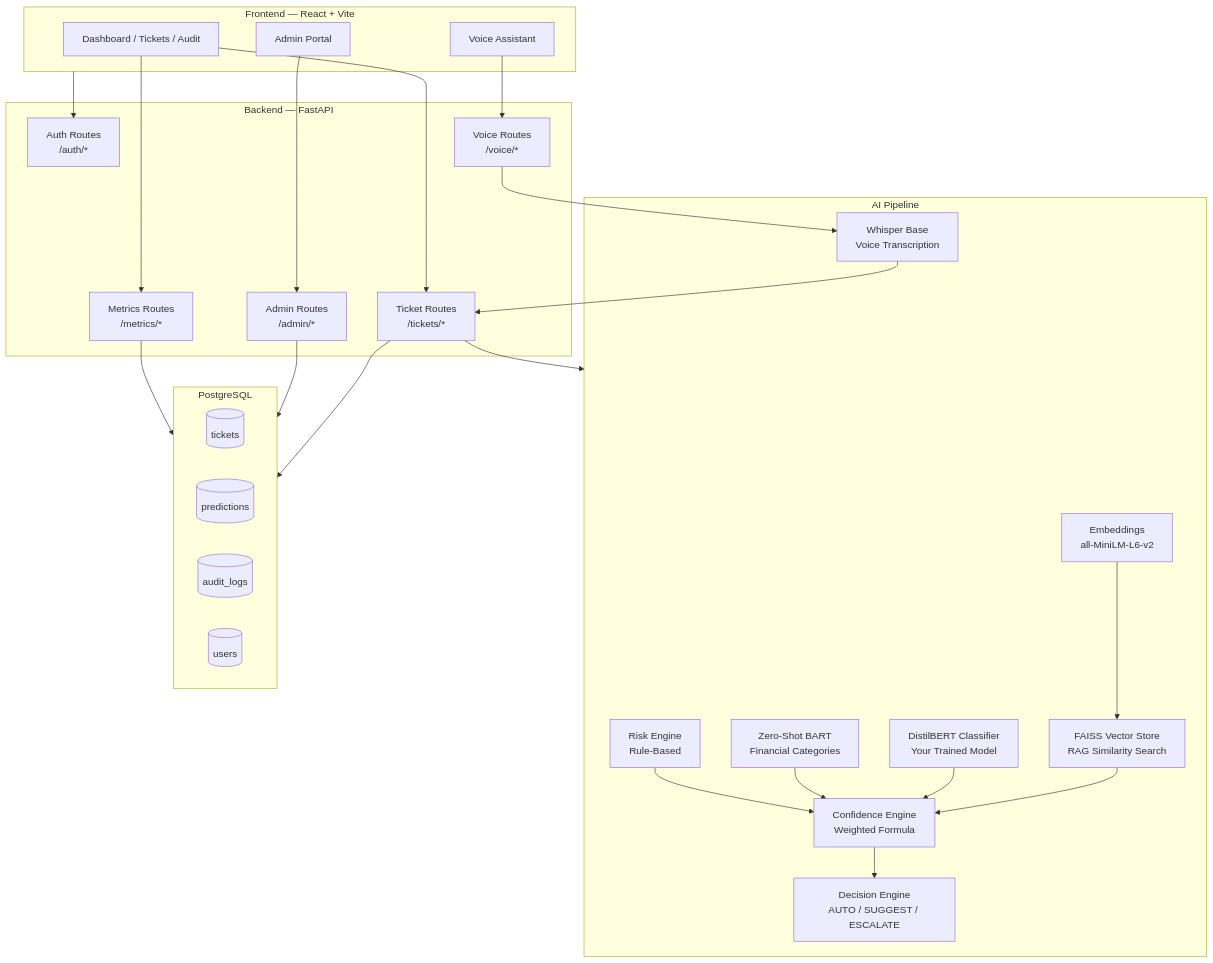
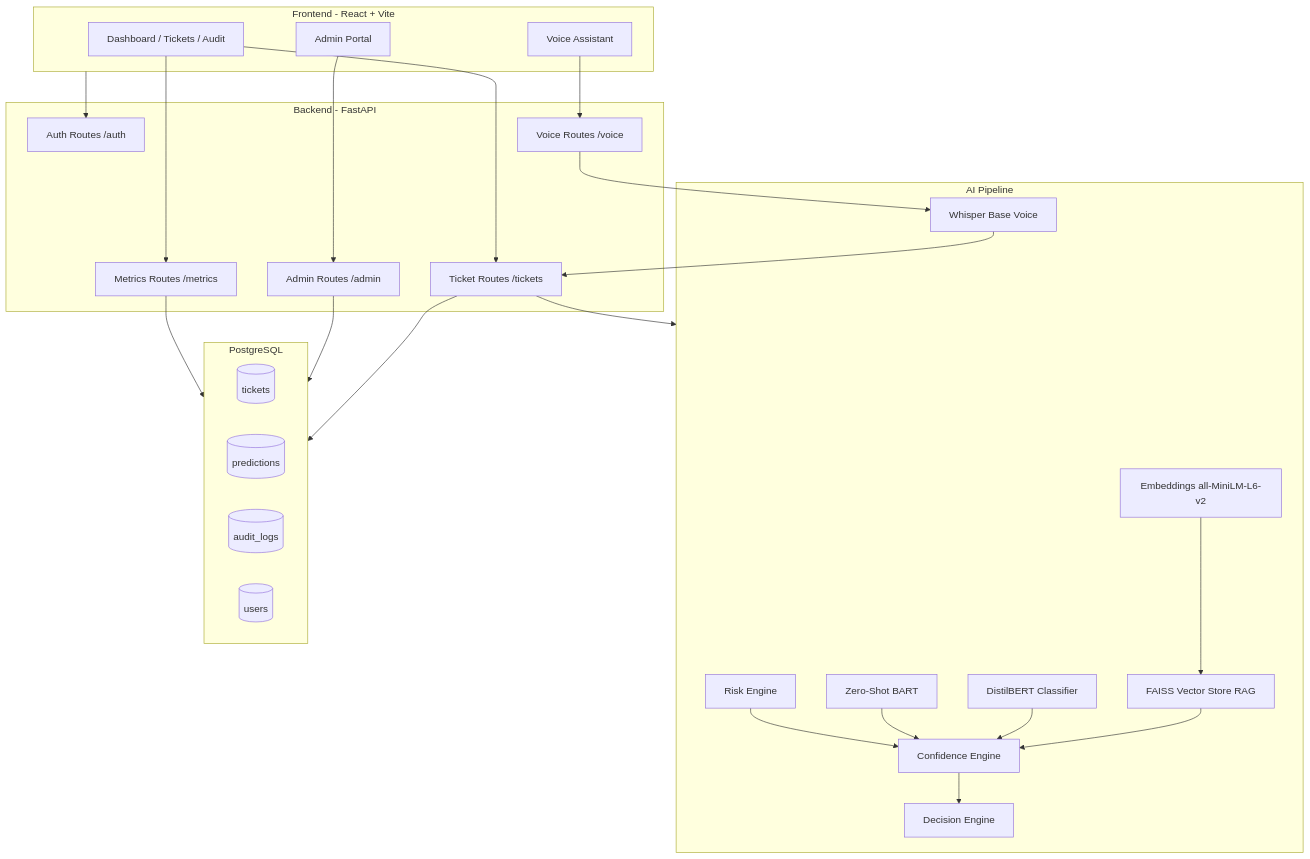
One commit to nanduveera30-boop/AI-Ticket-System changed the first of 7 diagrams in README.md. Above: the diagram before and after it, drawn with Mermaid. The commit also changed other lines of this file, not shown here.

Commit message:
fix: correct mermaid diagram syntax for GitHub rendering

````diff
--- a/README.md
+++ b/README.md
@@ -11,55 +11,55 @@
 ```mermaid
 graph TB
-    subgraph Frontend["Frontend — React + Vite"]
+    subgraph Frontend["Frontend - React + Vite"]
         UI[Dashboard / Tickets / Audit]
         VA[Voice Assistant]
         AP[Admin Portal]
     end
 
-    subgraph API["Backend — FastAPI"]
-        AUTH[Auth Routes<br/>/auth/*]
-        TR[Ticket Routes<br/>/tickets/*]
-        VR[Voice Routes<br/>/voice/*]
-        MR[Metrics Routes<br/>/metrics/*]
-        AR[Admin Routes<br/>/admin/*]
+    subgraph API["Backend - FastAPI"]
+        AUTH[Auth Routes /auth]
+        TR[Ticket Routes /tickets]
+        VR[Voice Routes /voice]
+        MR[Metrics Routes /metrics]
+        AR[Admin Routes /admin]
     end
 
     subgraph AI["AI Pipeline"]
-        EMB[Embeddings<br/>all-MiniLM-L6-v2]
-        FAISS[FAISS Vector Store<br/>RAG Similarity Search]
-        CLF[DistilBERT Classifier<br/>Your Trained Model]
-        ZS[Zero-Shot BART<br/>Financial Categories]
-        CONF[Confidence Engine<br/>Weighted Formula]
-        RISK[Risk Engine<br/>Rule-Based]
-        DEC[Decision Engine<br/>AUTO / SUGGEST / ESCALATE]
-        WHISPER[Whisper Base<br/>Voice Transcription]
+        EMB[Embeddings all-MiniLM-L6-v2]
+        FAISS[FAISS Vector Store RAG]
+        CLF[DistilBERT Classifier]
+        ZS[Zero-Shot BART]
+        CONF[Confidence Engine]
+        RISK[Risk Engine]
+        DEC[Decision Engine]
+        WHISPER[Whisper Base Voice]
     end
 
     subgraph DB["PostgreSQL"]
         T[(tickets)]
         P[(predictions)]
         AL[(audit_logs)]
         U[(users)]
     end
 
     UI --> TR
     UI --> MR
     VA --> VR
     AP --> AR
     Frontend --> AUTH
 
     TR --> AI
     VR --> WHISPER
     WHISPER --> TR
 
     EMB --> FAISS
     FAISS --> CONF
     CLF --> CONF
     ZS --> CONF
     RISK --> CONF
     CONF --> DEC
 
     TR --> DB
     AR --> DB
     MR --> DB
 ```
````
